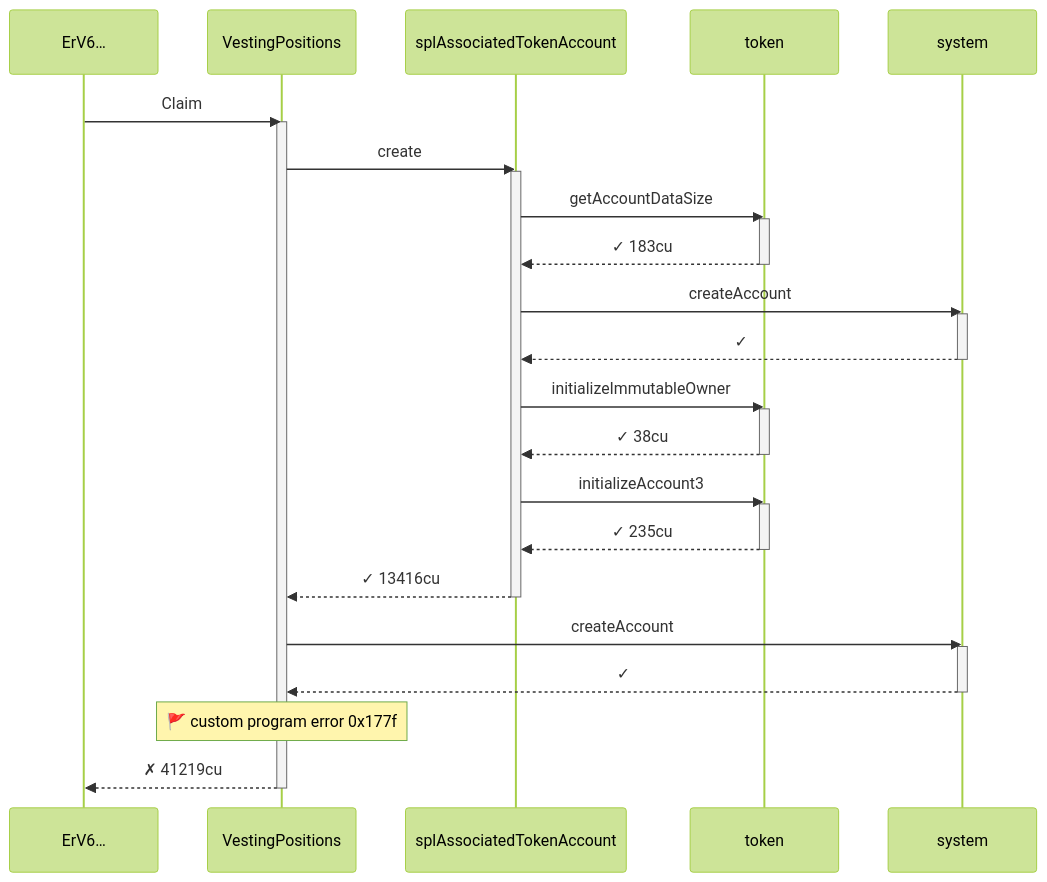
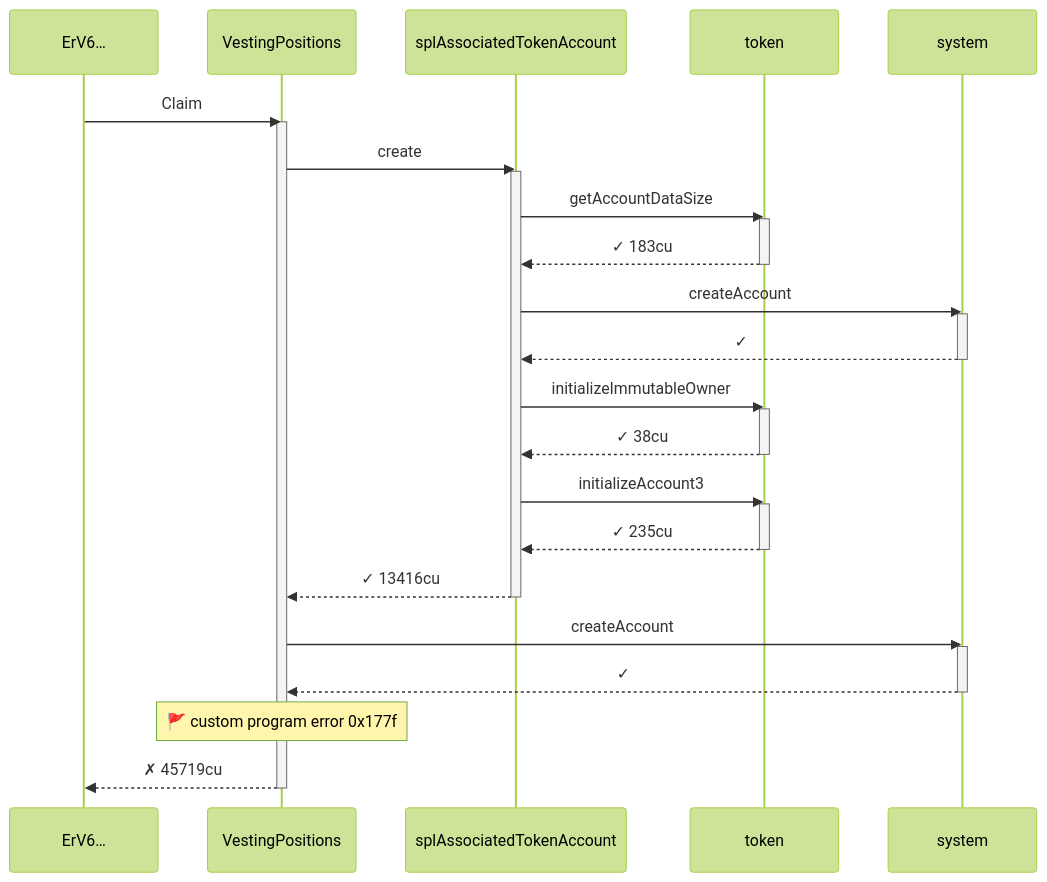
Before and after one commit to cds-turbin3/vesting-position: the fourth of 6 diagrams in babelfish-tests/test-report/scenario_8_wrong_asset_subsequent_claim_fails.md, drawn with Mermaid (forest theme). The commit also changed other lines of this file and 106 other files, not shown here.

````diff
--- a/babelfish-tests/test-report/scenario_8_wrong_asset_subsequent_claim_fails.md
+++ b/babelfish-tests/test-report/scenario_8_wrong_asset_subsequent_claim_fails.md
@@ -201,37 +208,37 @@
 ```mermaid
 sequenceDiagram
     participant p0 as ErV6…
     participant p1 as VestingPositions
     participant p2 as splAssociatedTokenAccount
     participant p3 as token
     participant p4 as system
     p0->>p1: Claim
     activate p1
     p1->>p2: create
     activate p2
     p2->>p3: getAccountDataSize
     activate p3
     p3-->>p2: ✓ 183cu
     deactivate p3
     p2->>p4: createAccount
     activate p4
     p4-->>p2: ✓
     deactivate p4
     p2->>p3: initializeImmutableOwner
     activate p3
     p3-->>p2: ✓ 38cu
     deactivate p3
     p2->>p3: initializeAccount3
     activate p3
     p3-->>p2: ✓ 235cu
     deactivate p3
     p2-->>p1: ✓ 13416cu
     deactivate p2
     p1->>p4: createAccount
     activate p4
     p4-->>p1: ✓
     deactivate p4
     note over p1: 🚩 custom program error  0x177f
-    p1-->>p0: ✗ 41219cu
+    p1-->>p0: ✗ 45719cu
     deactivate p1
 ```
````
